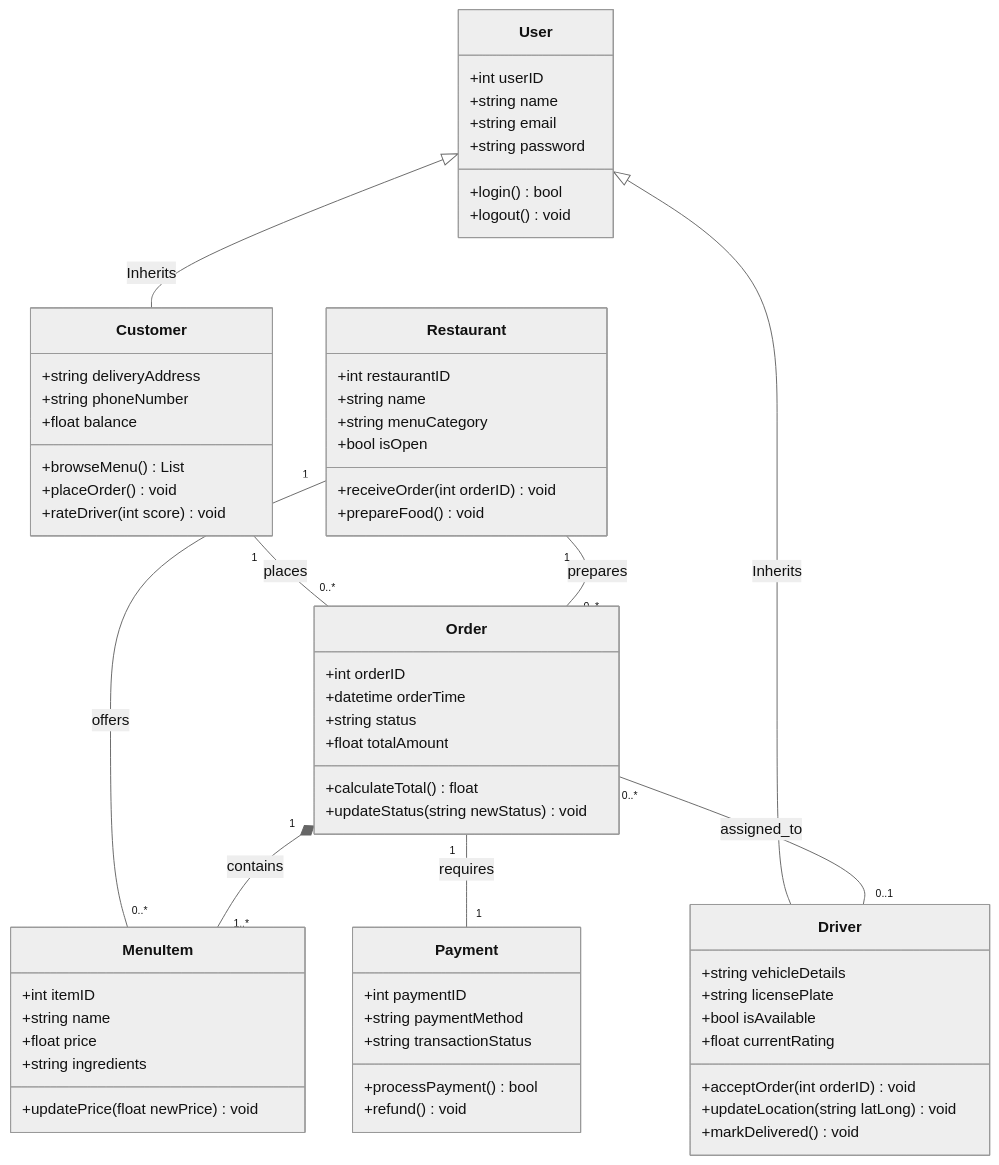
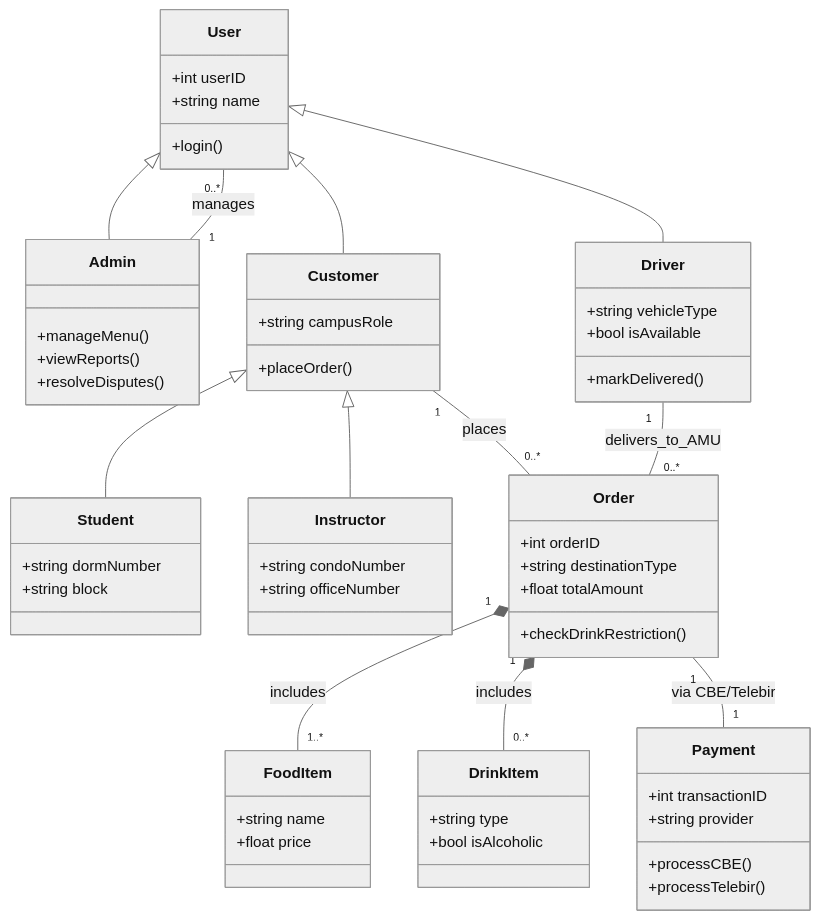
Before and after one commit to Eby-Ebisa/Lucy-Cafe-System-UML: the diagram in README.md, drawn with Mermaid (neutral theme).

Commit message:
Refactor UML class diagram in README.md

````diff
--- a/README.md
+++ b/README.md
@@ -1,79 +1,75 @@
 ```mermaid
 classDiagram
-    %% --- CLASSES WITH PROPERTIES AND METHODS ---
+    %% --- CLASSES ---
     class User {
         +int userID
         +string name
-        +string email
-        +string password
-        +login() bool
-        +logout() void
+        +login()
+    }
+
+    class Admin {
+        +manageMenu()
+        +viewReports()
+        +resolveDisputes()
     }
 
     class Customer {
-        +string deliveryAddress
-        +string phoneNumber
-        +float balance
-        +browseMenu() List
-        +placeOrder() void
-        +rateDriver(int score) void
+        +string campusRole
+        +placeOrder()
+    }
+
+    class Student {
+        +string dormNumber
+        +string block
+    }
+
+    class Instructor {
+        +string condoNumber
+        +string officeNumber
     }
 
     class Driver {
-        +string vehicleDetails
-        +string licensePlate
+        +string vehicleType
         +bool isAvailable
-        +float currentRating
-        +acceptOrder(int orderID) void
-        +updateLocation(string latLong) void
-        +markDelivered() void
-    }
-
-    class Restaurant {
-        +int restaurantID
-        +string name
-        +string menuCategory
-        +bool isOpen
-        +receiveOrder(int orderID) void
-        +prepareFood() void
+        +markDelivered()
     }
 
     class Order {
         +int orderID
-        +datetime orderTime
-        +string status
+        +string destinationType
         +float totalAmount
-        +calculateTotal() float
-        +updateStatus(string newStatus) void
+        +checkDrinkRestriction()
     }
 
-    class MenuItem {
-        +int itemID
+    class FoodItem {
         +string name
         +float price
-        +string ingredients
-        +updatePrice(float newPrice) void
+    }
+
+    class DrinkItem {
+        +string type
+        +bool isAlcoholic
     }
 
     class Payment {
-        +int paymentID
-        +string paymentMethod
-        +string transactionStatus
-        +processPayment() bool
-        +refund() void
+        +int transactionID
+        +string provider
+        +processCBE()
+        +processTelebir()
     }
 
-    %% --- RELATIONSHIPS (UML PROPERTIES) ---
+    %% --- RELATIONSHIPS & LOGIC ---
+    User <|-- Admin
+    User <|-- Customer
+    User <|-- Driver
+    Customer <|-- Student
+    Customer <|-- Instructor
+
+    Customer "1" -- "0..*" Order : places
+    Order "1" *-- "1..*" FoodItem : includes
+    Order "1" *-- "0..*" DrinkItem : includes
+    Order "1" -- "1" Payment : via CBE/Telebir
     
-    %% Inheritance (Generalization)
-    User <|-- Customer : Inherits
-    User <|-- Driver : Inherits
-
-    %% Associations with Multiplicity
-    Customer "1" -- "0..*" Order : places
-    Restaurant "1" -- "0..*" MenuItem : offers
-    Restaurant "1" -- "0..*" Order : prepares
-    Order "1" *-- "1..*" MenuItem : contains
-    Order "1" -- "1" Payment : requires
-    Order "0..*" -- "0..1" Driver : assigned_to
+    Admin "1" -- "0..*" User : manages
+    Driver "1" -- "0..*" Order : delivers_to_AMU
 ```
````
